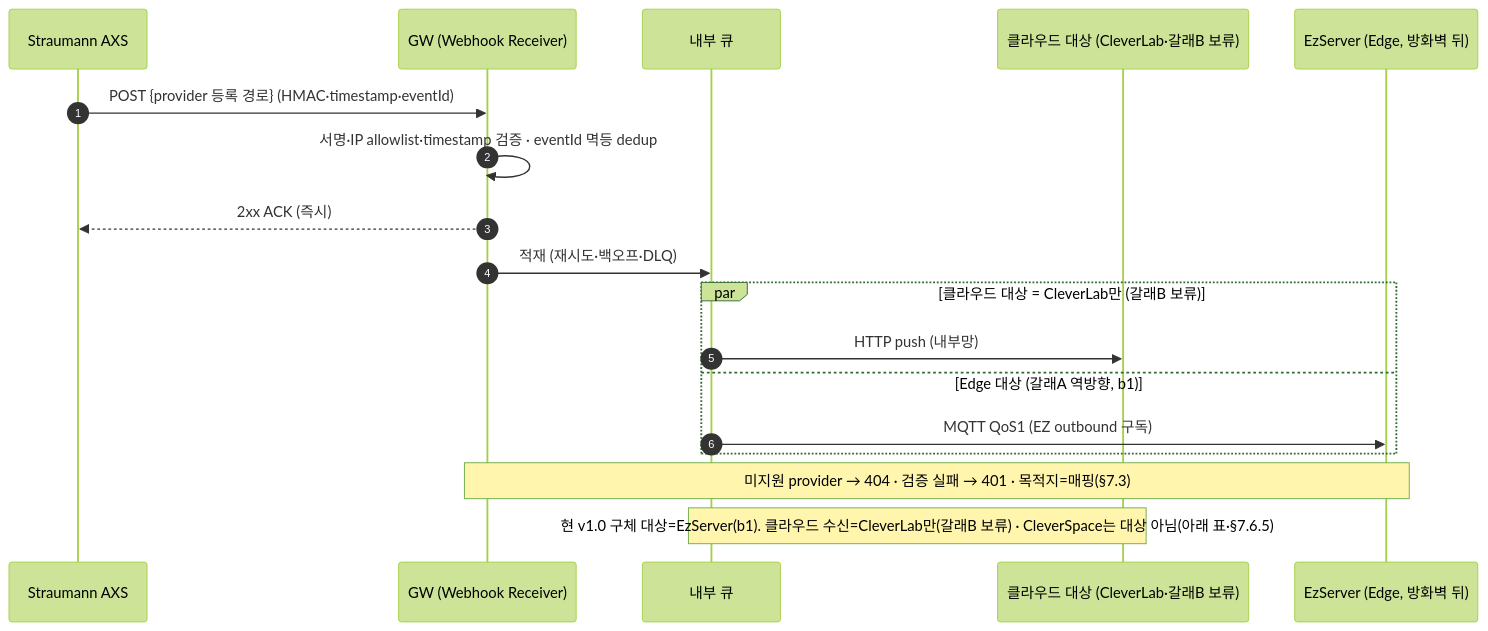
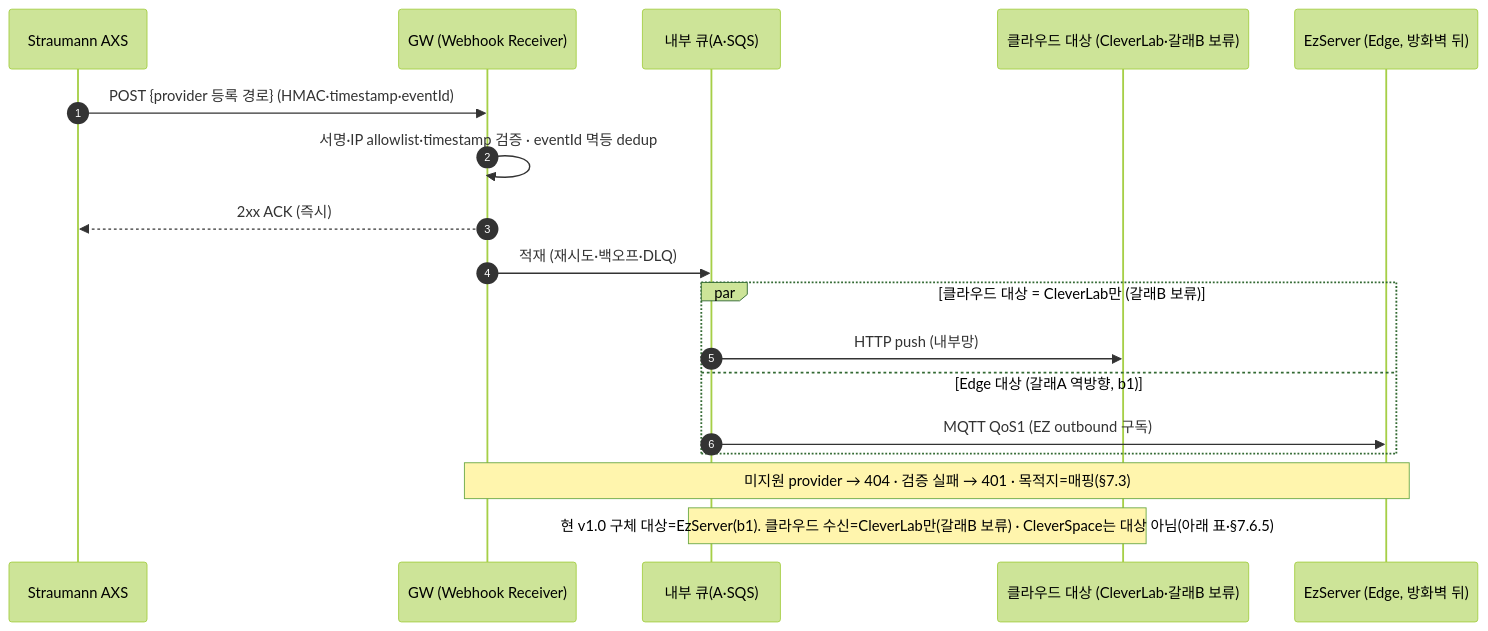
Before and after one commit to gracegyu/scp-architecture: the tenth of 11 diagrams in docs/VT_API_Gateway/08.VT_API_Gateway/specs/03-srs-gateway/SRS.md, drawn with Mermaid (forest theme). The commit also changed other lines of this file and 1 other file, not shown here.

````diff
--- a/docs/VT_API_Gateway/08.VT_API_Gateway/specs/03-srs-gateway/SRS.md
+++ b/docs/VT_API_Gateway/08.VT_API_Gateway/specs/03-srs-gateway/SRS.md
@@ -496,20 +496,20 @@
 ```mermaid
 sequenceDiagram
     autonumber
     participant AXS as Straumann AXS
     participant WH as GW (Webhook Receiver)
-    participant Q as 내부 큐
+    participant Q as 내부 큐(A·SQS)
     participant CL as 클라우드 대상 (CleverLab·갈래B 보류)
     participant EZ as EzServer (Edge, 방화벽 뒤)
     AXS->>WH: POST {provider 등록 경로} (HMAC·timestamp·eventId)
     WH->>WH: 서명·IP allowlist·timestamp 검증 · eventId 멱등 dedup
     WH-->>AXS: 2xx ACK (즉시)
     WH->>Q: 적재 (재시도·백오프·DLQ)
     par 클라우드 대상 = CleverLab만 (갈래B 보류)
         Q->>CL: HTTP push (내부망)
     and Edge 대상 (갈래A 역방향, b1)
         Q->>EZ: MQTT QoS1 (EZ outbound 구독)
     end
     Note over WH,EZ: 미지원 provider → 404 · 검증 실패 → 401 · 목적지=매핑(§7.3)
     Note over Q,CL: 현 v1.0 구체 대상=EzServer(b1). 클라우드 수신=CleverLab만(갈래B 보류) · CleverSpace는 대상 아님(아래 표·§7.6.5)
 ```
````
